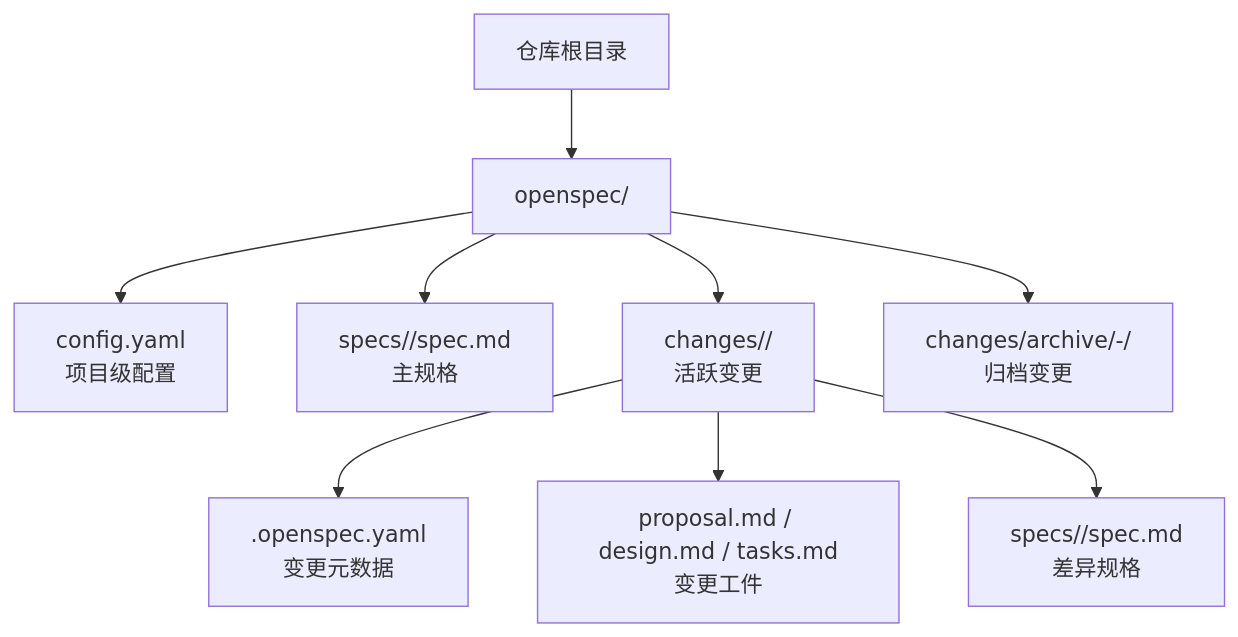
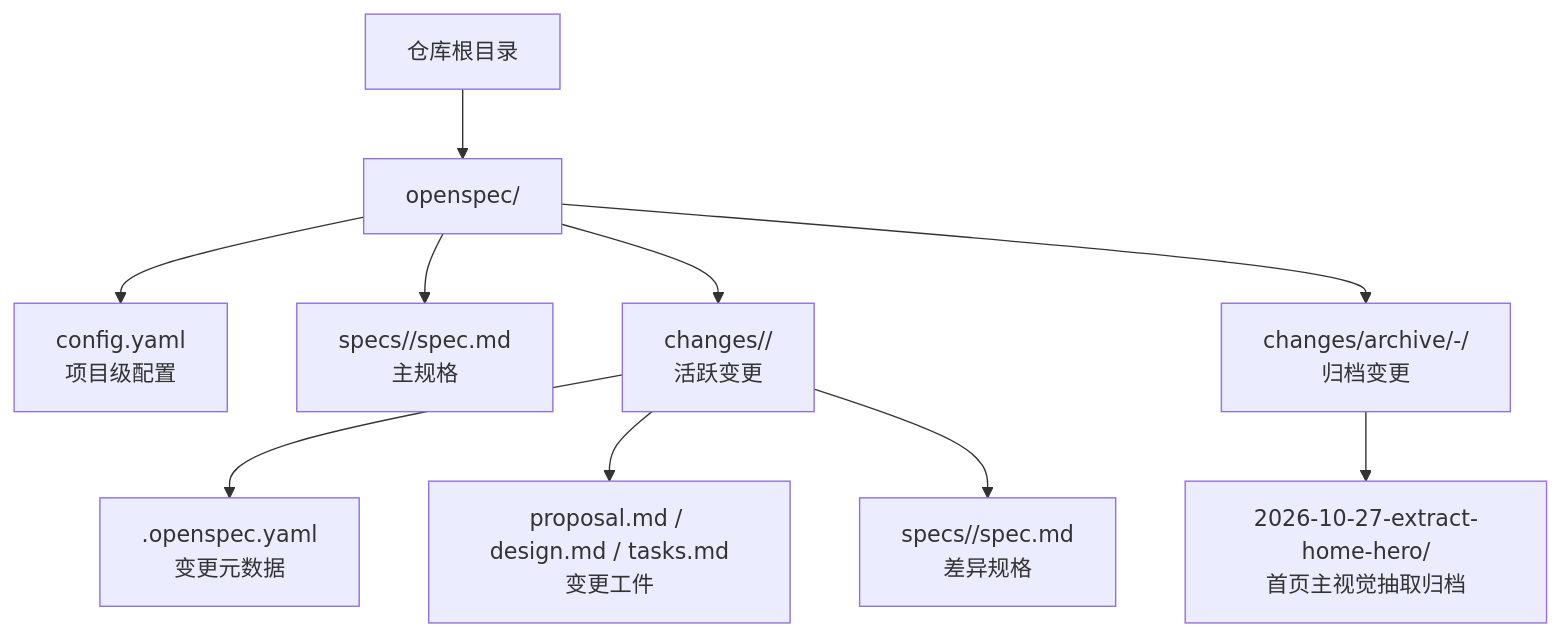
Before and after one commit to luyitiger6/my-first-project: the first of 9 diagrams in .qoder/repowiki/zh/content/规格驱动开发/OpenSpec 工具使用.md, drawn with Mermaid. The commit also changed other lines of this file and 11 other files, not shown here.

````diff
--- a/.qoder/repowiki/zh/content/规格驱动开发/OpenSpec 工具使用.md
+++ b/.qoder/repowiki/zh/content/规格驱动开发/OpenSpec 工具使用.md
@@ -37,11 +51,12 @@
 ```mermaid
 graph TB
 Root["仓库根目录"] --> ORoot["openspec/"]
 ORoot --> Config["config.yaml<br/>项目级配置"]
 ORoot --> Specs["specs/<capability>/spec.md<br/>主规格"]
 ORoot --> Changes["changes/<change-name>/<br/>活跃变更"]
 Changes --> ChangeMeta[".openspec.yaml<br/>变更元数据"]
 Changes --> Artifacts["proposal.md / design.md / tasks.md<br/>变更工件"]
 Changes --> DeltaSpecs["specs/<capability>/spec.md<br/>差异规格"]
 ORoot --> Archive["changes/archive/<date>-<name>/<br/>归档变更"]
+Archive --> ExtractHero["2026-10-27-extract-home-hero/<br/>首页主视觉抽取归档"]
 ```
````
